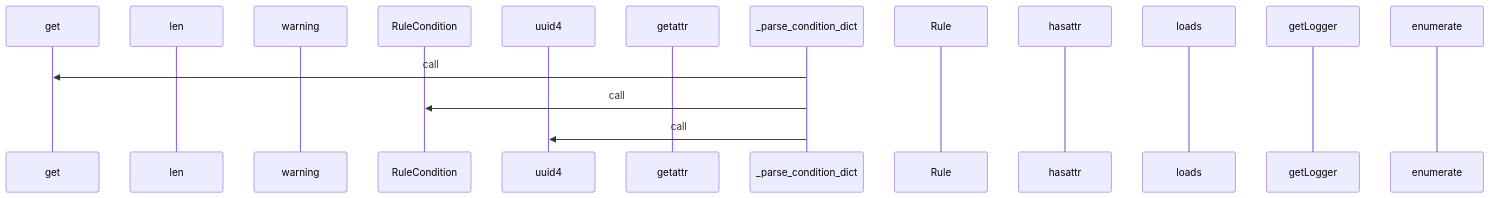
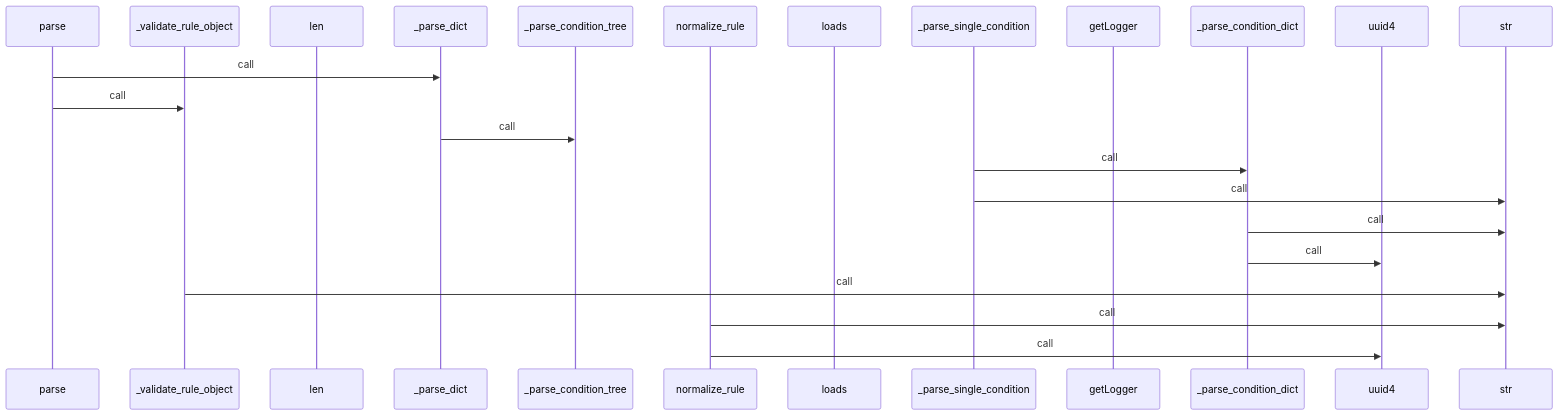
The third of 4 diagrams in generated_docs/rule_analyzer/parser.md (yeonjae-personal/codemuse-backend), drawn with Mermaid before and after one commit. The commit also changed other lines of this file and 3378 other files, not shown here.

````diff
--- a/generated_docs/rule_analyzer/parser.md
+++ b/generated_docs/rule_analyzer/parser.md
@@ -217,18 +217,25 @@
 ```mermaid
 sequenceDiagram
-  participant get as get
+  participant parse as parse
+  participant _validate_rule_object as _validate_rule_object
   participant len as len
-  participant warning as warning
-  participant RuleCondition as RuleCondition
+  participant _parse_dict as _parse_dict
+  participant _parse_condition_tree as _parse_condition_tree
+  participant normalize_rule as normalize_rule
+  participant loads as loads
+  participant _parse_single_condition as _parse_single_condition
+  participant getLogger as getLogger
+  participant _parse_condition_dict as _parse_condition_dict
   participant uuid4 as uuid4
-  participant getattr as getattr
-  participant _parse_condition_dict as _parse_condition_dict
-  participant Rule as Rule
-  participant hasattr as hasattr
-  participant loads as loads
-  participant getLogger as getLogger
-  participant enumerate as enumerate
-  _parse_condition_dict->>get: call
-  _parse_condition_dict->>RuleCondition: call
+  participant str as str
+  parse->>_parse_dict: call
+  parse->>_validate_rule_object: call
+  _parse_dict->>_parse_condition_tree: call
+  _parse_single_condition->>_parse_condition_dict: call
+  _parse_single_condition->>str: call
+  _parse_condition_dict->>str: call
   _parse_condition_dict->>uuid4: call
+  _validate_rule_object->>str: call
+  normalize_rule->>str: call
+  normalize_rule->>uuid4: call
 ```
````
